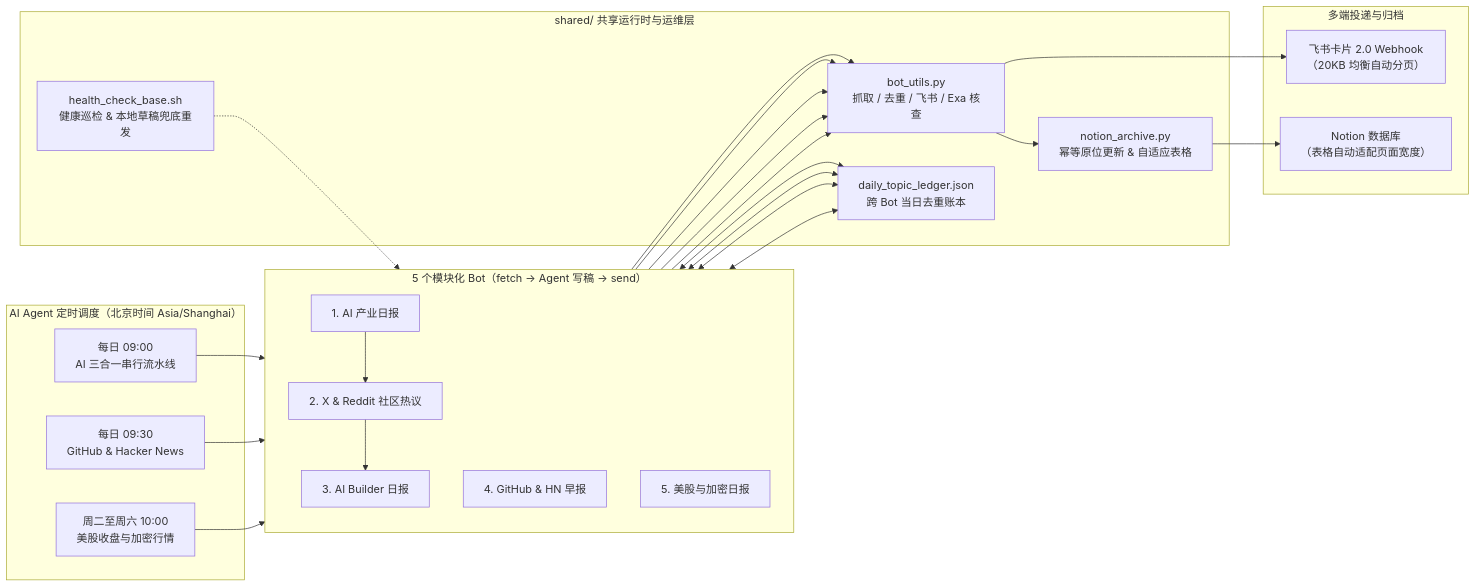
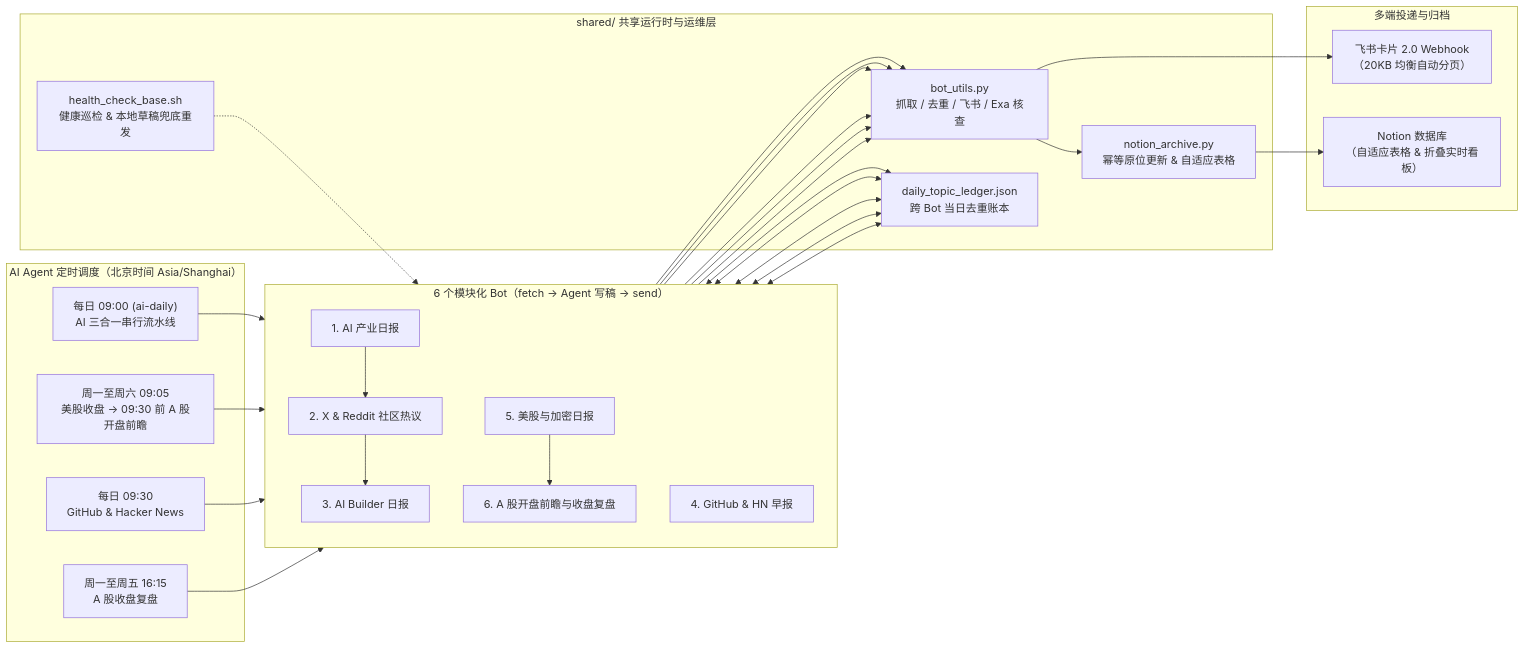
Before and after one commit to shirleyisdoingrightthings/daily-bots: the diagram in README.zh-CN.md, drawn with Mermaid. The commit also changed other lines of this file and 17 other files, not shown here.

````diff
--- a/README.zh-CN.md
+++ b/README.zh-CN.md
@@ -17,36 +17,38 @@
 ```mermaid
 flowchart LR
     subgraph Sched["AI Agent 定时调度（北京时间 Asia/Shanghai）"]
-        S1["每日 09:00<br/>AI 三合一串行流水线"]
-        S2["每日 09:30<br/>GitHub &amp; Hacker News"]
-        S3["周二至周六 10:00<br/>美股收盘与加密行情"]
+        S1["每日 09:00 (ai-daily)<br/>AI 三合一串行流水线"]
+        S2["周一至周六 09:05<br/>美股收盘 -&gt; 09:30 前 A 股开盘前瞻"]
+        S3["每日 09:30<br/>GitHub &amp; Hacker News"]
+        S4["周一至周五 16:15<br/>A 股收盘复盘"]
     end
 
-    subgraph Bots["5 个模块化 Bot（fetch -&gt; Agent 写稿 -&gt; send）"]
+    subgraph Bots["6 个模块化 Bot（fetch -&gt; Agent 写稿 -&gt; send）"]
         direction TB
         B1["1. AI 产业日报"] --> B2["2. X &amp; Reddit 社区热议"] --> B3["3. AI Builder 日报"]
         B4["4. GitHub &amp; HN 早报"]
-        B5["5. 美股与加密日报"]
+        B5["5. 美股与加密日报"] --> B6["6. A 股开盘前瞻与收盘复盘"]
     end
 
     subgraph Shared["shared/ 共享运行时与运维层"]
         U["bot_utils.py<br/>抓取 / 去重 / 飞书 / Exa 核查"]
         L["daily_topic_ledger.json<br/>跨 Bot 当日去重账本"]
         N["notion_archive.py<br/>幂等原位更新 &amp; 自适应表格"]
         H["health_check_base.sh<br/>健康巡检 &amp; 本地草稿兜底重发"]
     end
 
     subgraph Out["多端投递与归档"]
         F["飞书卡片 2.0 Webhook<br/>（20KB 均衡自动分页）"]
-        ND["Notion 数据库<br/>（表格自动适配页面宽度）"]
+        ND["Notion 数据库<br/>（自适应表格 &amp; 折叠实时看板）"]
     end
 
     S1 --> B1
-    S2 --> B4
-    S3 --> B5
-    B1 & B2 & B3 & B4 <--> L
-    B1 & B2 & B3 & B4 & B5 --> U
+    S2 --> B5
+    S3 --> B4
+    S4 --> B6
+    B1 & B2 & B3 & B4 & B5 <--> L
+    B1 & B2 & B3 & B4 & B5 & B6 --> U
     U --> F
     U --> N --> ND
     H -.-> Bots
 ```
````
